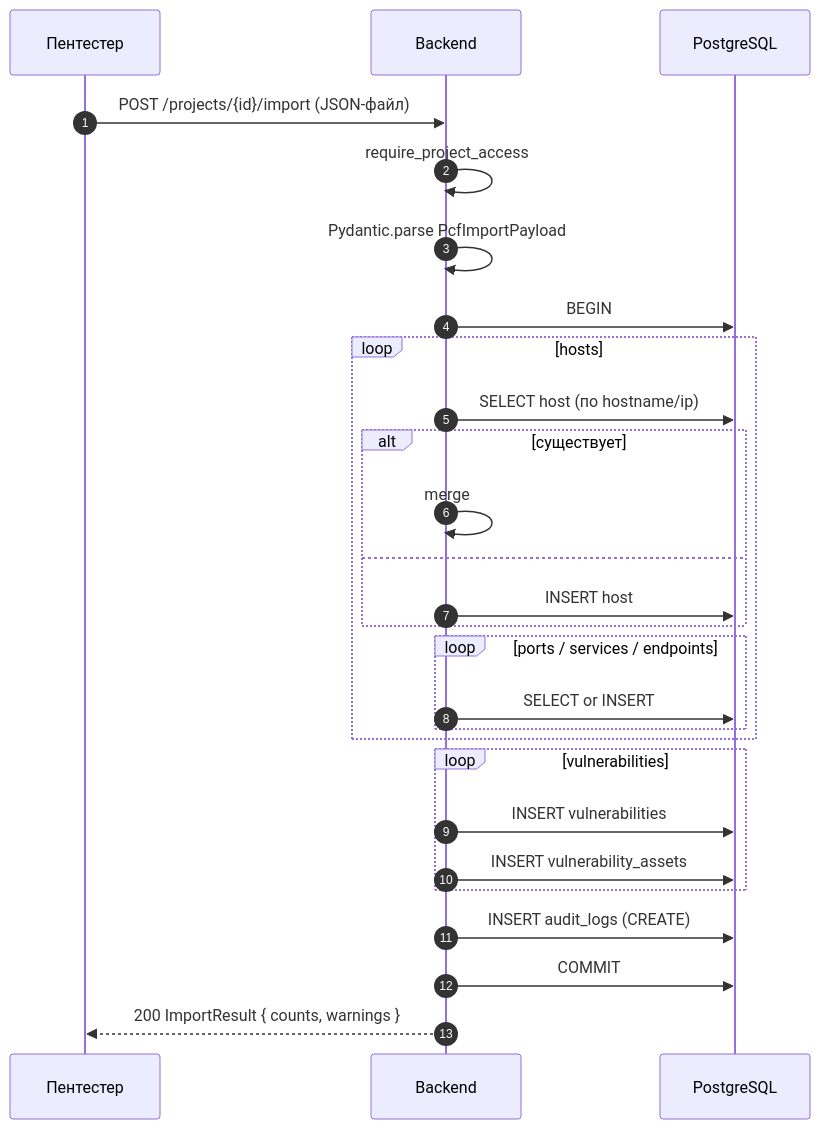
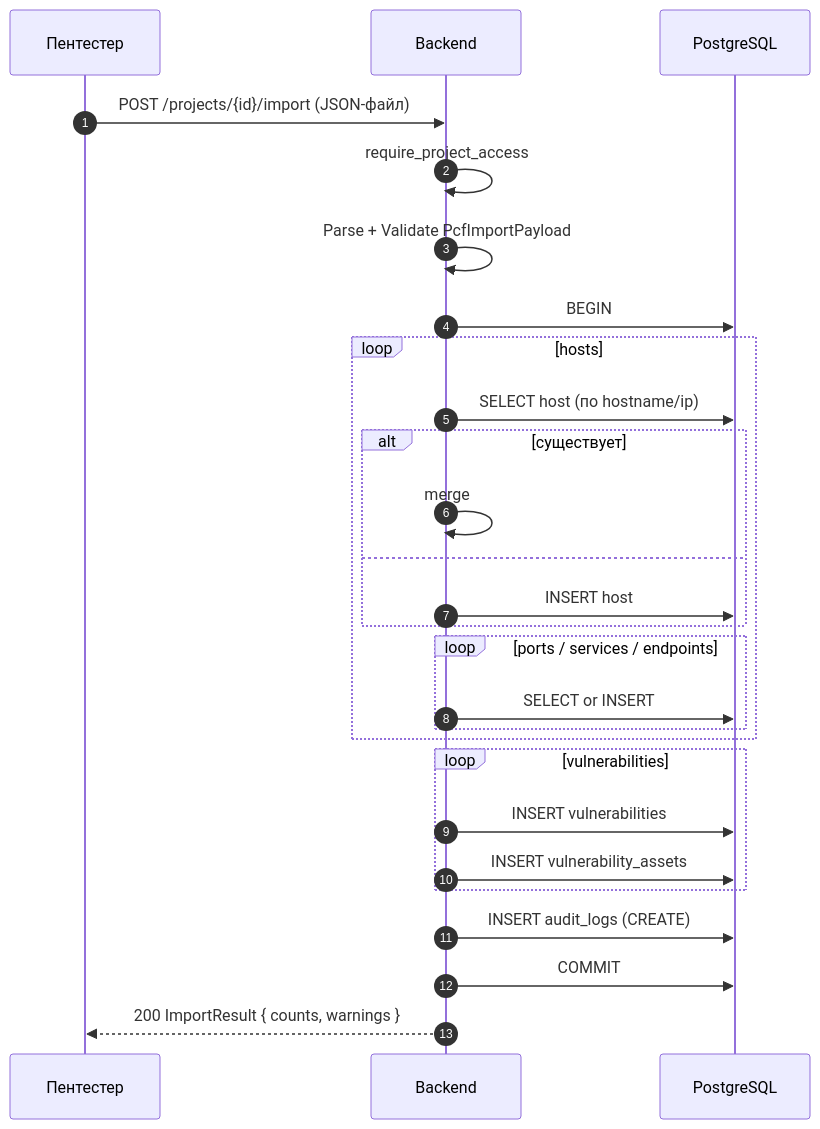
Diagram 12 of 19 in docs/API_PROCESSES.md (nkolomiika/FROST), drawn with Mermaid before and after one commit. The commit also changed other lines of this file and 11 other files, not shown here.

````diff
--- a/docs/API_PROCESSES.md
+++ b/docs/API_PROCESSES.md
@@ -659,30 +659,30 @@
 ```mermaid
 sequenceDiagram
     autonumber
     participant U as Пентестер
     participant B as Backend
     participant DB as PostgreSQL
 
     U->>B: POST /projects/{id}/import (JSON-файл)
     B->>B: require_project_access
-    B->>B: Pydantic.parse PcfImportPayload
+    B->>B: Parse + Validate PcfImportPayload
     B->>DB: BEGIN
     loop hosts
         B->>DB: SELECT host (по hostname/ip)
         alt существует
             B->>B: merge
         else
             B->>DB: INSERT host
         end
         loop ports / services / endpoints
             B->>DB: SELECT or INSERT
         end
     end
     loop vulnerabilities
         B->>DB: INSERT vulnerabilities
         B->>DB: INSERT vulnerability_assets
     end
     B->>DB: INSERT audit_logs (CREATE)
     B->>DB: COMMIT
     B-->>U: 200 ImportResult { counts, warnings }
 ```
````
